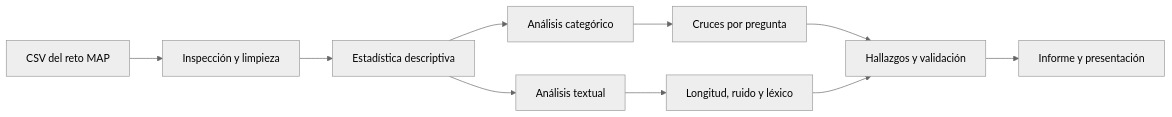
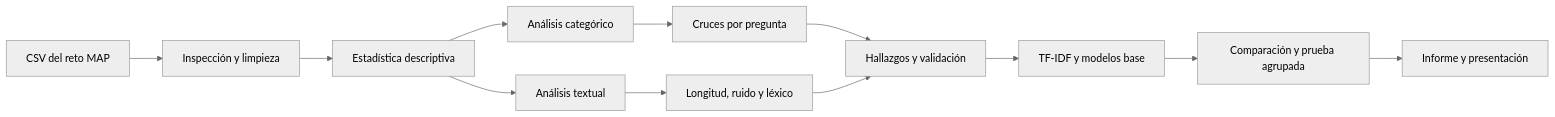
The diagram in README.md (DanielBarillasM/Proyecto-2_Grupo-1_DS_Sec-10), drawn with Mermaid (neutral theme) before and after one commit. The commit also changed other lines of this file and 14 other files, not shown here.

First line of the commit message:
feat: implementa y evalúa modelos base TF-IDF para MAP

````diff
--- a/README.md
+++ b/README.md
@@ -172,12 +199,14 @@
 ```mermaid
 flowchart LR
     A[CSV del reto MAP] --> B[Inspección y limpieza]
     B --> C[Estadística descriptiva]
     C --> D[Análisis categórico]
     C --> E[Análisis textual]
     D --> F[Cruces por pregunta]
     E --> G[Longitud, ruido y léxico]
     F --> H[Hallazgos y validación]
     G --> H
-    H --> I[Informe y presentación]
+    H --> I[TF-IDF y modelos base]
+    I --> J[Comparación y prueba agrupada]
+    J --> K[Informe y presentación]
 ```
````
